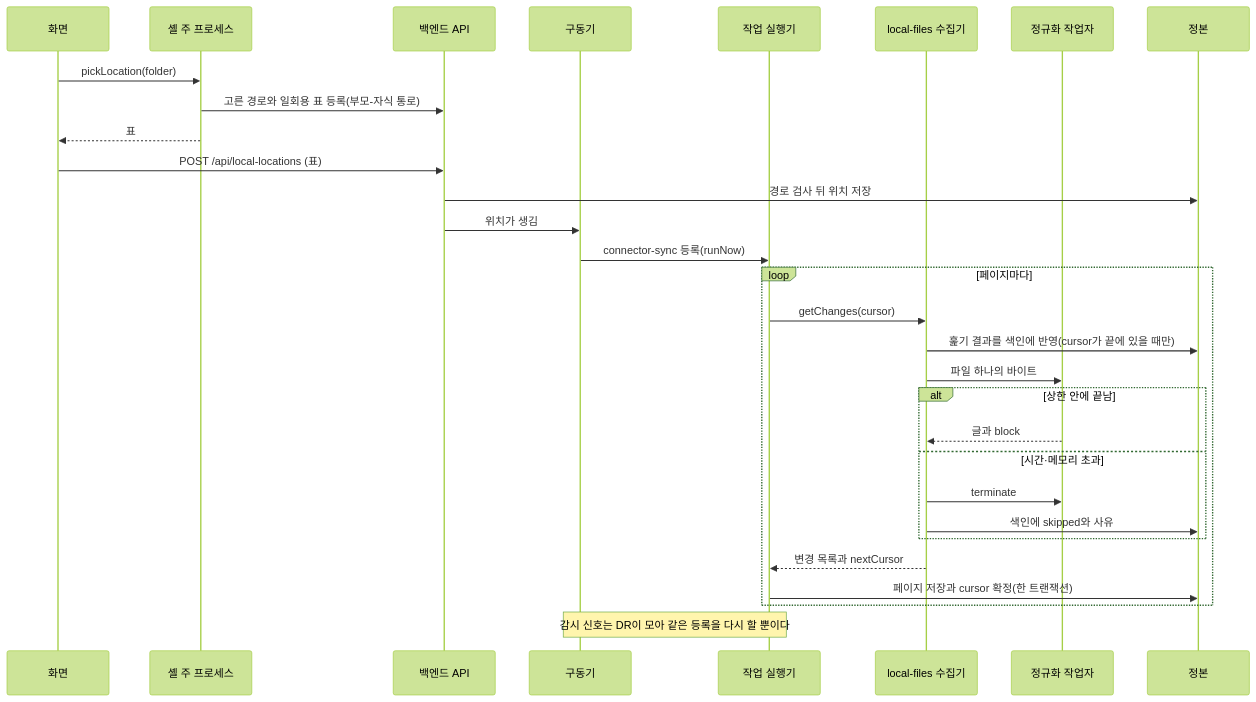
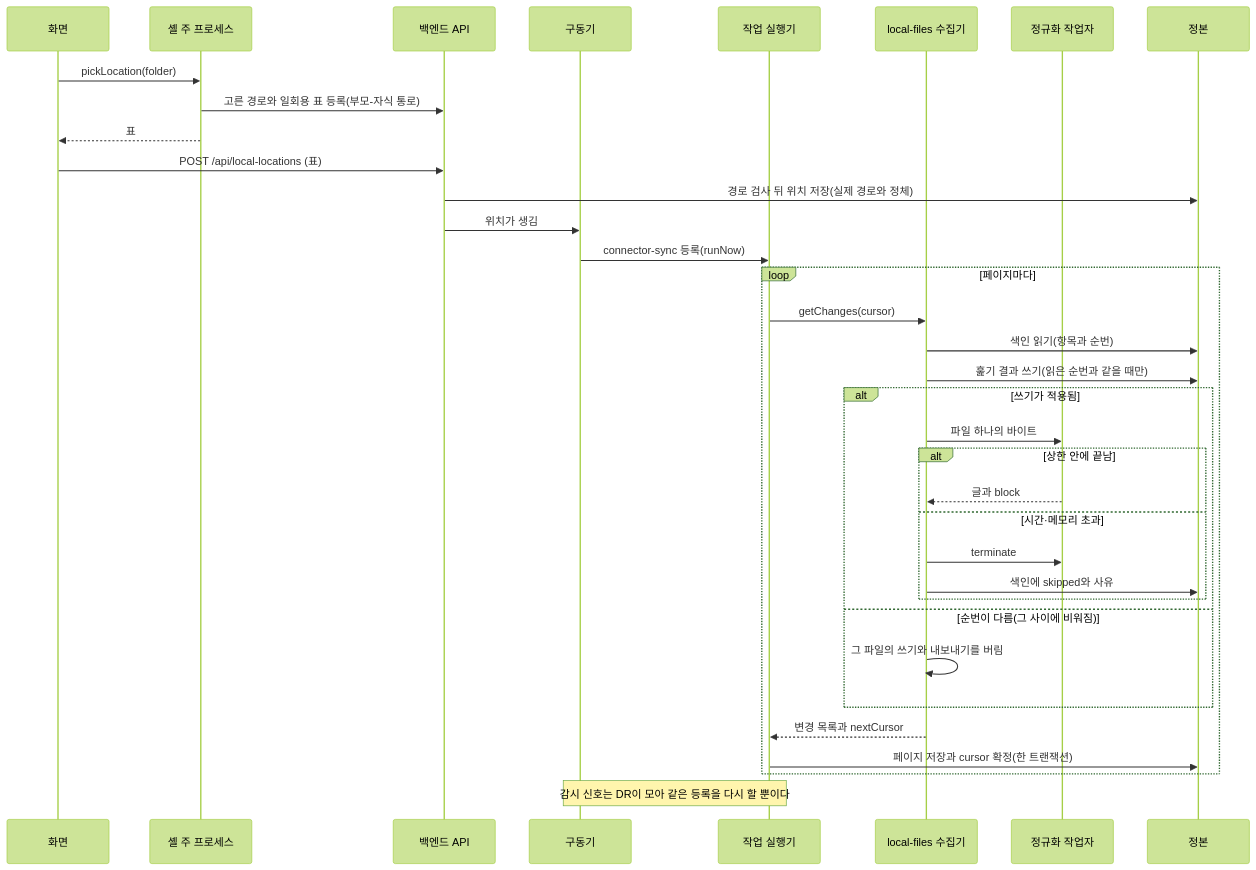
One commit to nohdol97/PKI changed the first of 4 diagrams in docs/specs/2026-11-22-I02-local-file-import.md. Above: the diagram before and after it, drawn with Mermaid (forest theme). The commit also changed other lines of this file and 1 other file, not shown here.

````diff
--- a/docs/specs/2026-11-22-I02-local-file-import.md
+++ b/docs/specs/2026-11-22-I02-local-file-import.md
@@ -355,32 +502,37 @@
 ```mermaid
 sequenceDiagram
   participant UI as 화면
   participant SH as 셸 주 프로세스
   participant BE as 백엔드 API
   participant DR as 구동기
   participant JOB as 작업 실행기
   participant CN as local-files 수집기
   participant WK as 정규화 작업자
   participant DB as 정본
   UI->>SH: pickLocation(folder)
   SH->>BE: 고른 경로와 일회용 표 등록(부모-자식 통로)
   SH-->>UI: 표
   UI->>BE: POST /api/local-locations (표)
-  BE->>DB: 경로 검사 뒤 위치 저장
+  BE->>DB: 경로 검사 뒤 위치 저장(실제 경로와 정체)
   BE->>DR: 위치가 생김
   DR->>JOB: connector-sync 등록(runNow)
   loop 페이지마다
     JOB->>CN: getChanges(cursor)
-    CN->>DB: 훑기 결과를 색인에 반영(cursor가 끝에 있을 때만)
-    CN->>WK: 파일 하나의 바이트
-    alt 상한 안에 끝남
-      WK-->>CN: 글과 block
-    else 시간·메모리 초과
-      CN->>WK: terminate
-      CN->>DB: 색인에 skipped와 사유
+    CN->>DB: 색인 읽기(항목과 순번)
+    CN->>DB: 훑기 결과 쓰기(읽은 순번과 같을 때만)
+    alt 쓰기가 적용됨
+      CN->>WK: 파일 하나의 바이트
+      alt 상한 안에 끝남
+        WK-->>CN: 글과 block
+      else 시간·메모리 초과
+        CN->>WK: terminate
+        CN->>DB: 색인에 skipped와 사유
+      end
+    else 순번이 다름(그 사이에 비워짐)
+      CN->>CN: 그 파일의 쓰기와 내보내기를 버림
     end
     CN-->>JOB: 변경 목록과 nextCursor
     JOB->>DB: 페이지 저장과 cursor 확정(한 트랜잭션)
   end
   Note over DR,JOB: 감시 신호는 DR이 모아 같은 등록을 다시 할 뿐이다
 ```
````
